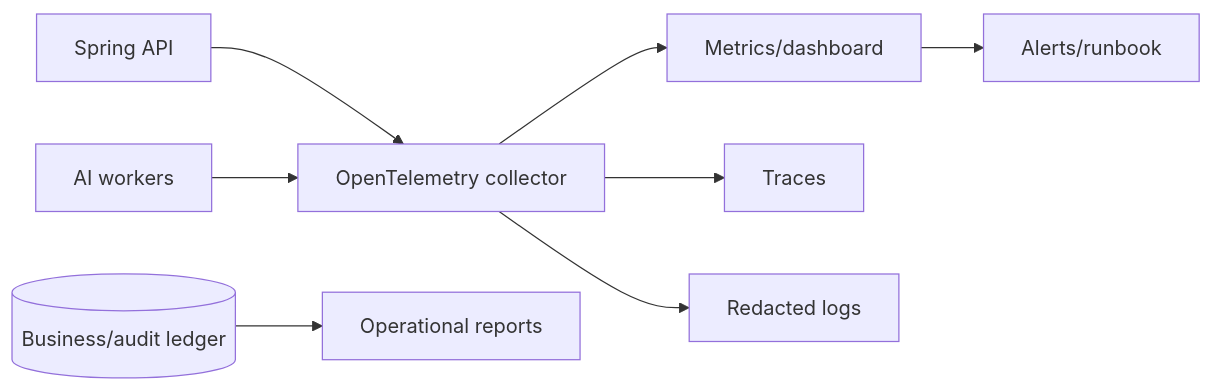
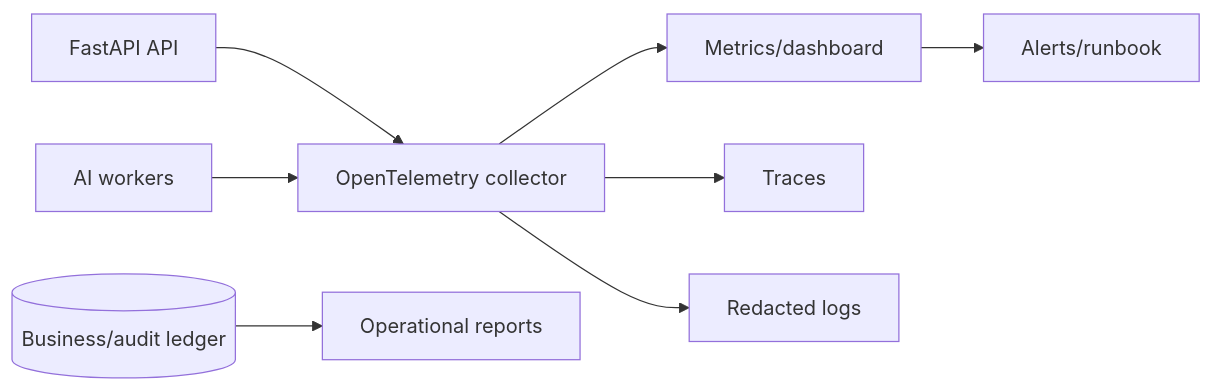
Diagram 21 of 31 in docs/DOC-04-architecture.md (AI20K-VGR/contract-intelligence-core), drawn with Mermaid before and after one commit. The commit also changed other lines of this file and 16 other files, not shown here.

First line of the commit message:
docs(repo): align stack to FastAPI backend-push, fix cross-document contract gaps

````diff
--- a/docs/DOC-04-architecture.md
+++ b/docs/DOC-04-architecture.md
@@ -447,10 +512,10 @@
 ```mermaid
 flowchart LR
-  API[Spring API] --> OTEL[OpenTelemetry collector]
+  API[FastAPI API] --> OTEL[OpenTelemetry collector]
   AI[AI workers] --> OTEL
   OTEL --> MET[Metrics/dashboard]
   OTEL --> TRACE[Traces]
   OTEL --> LOG[Redacted logs]
   DB[(Business/audit ledger)] --> REP[Operational reports]
   MET --> ALERT[Alerts/runbook]
 ```
````
